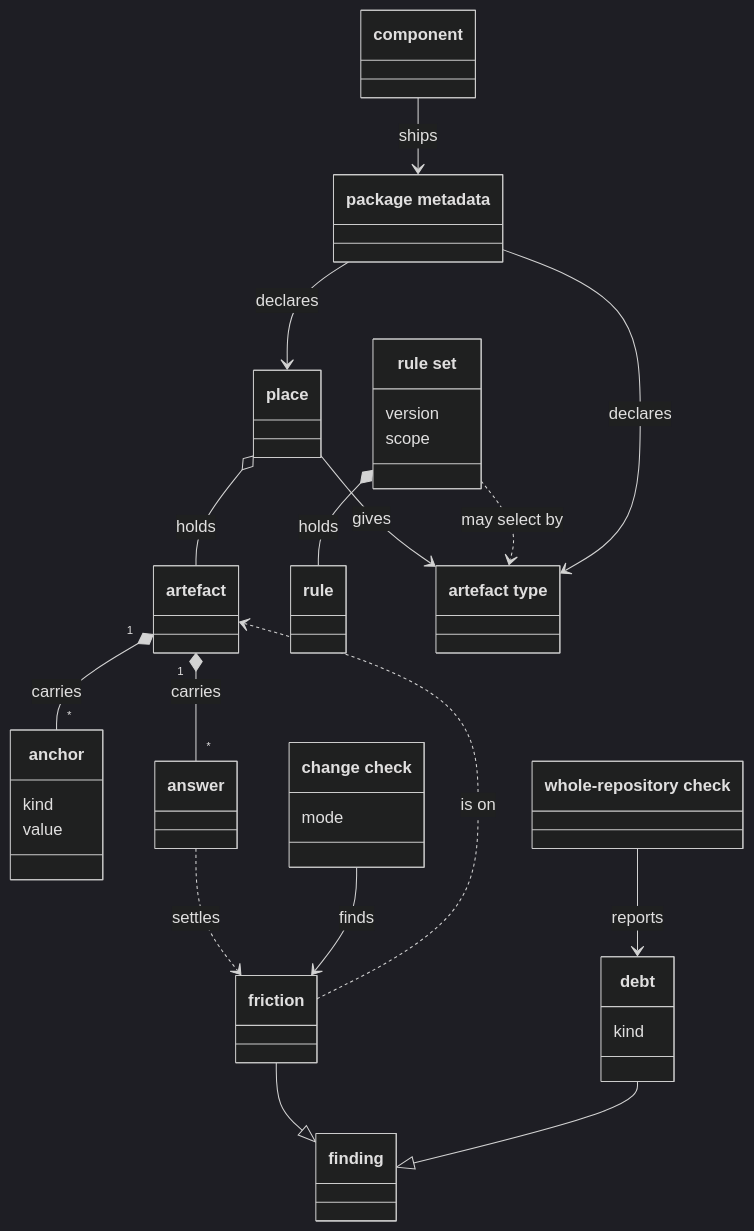
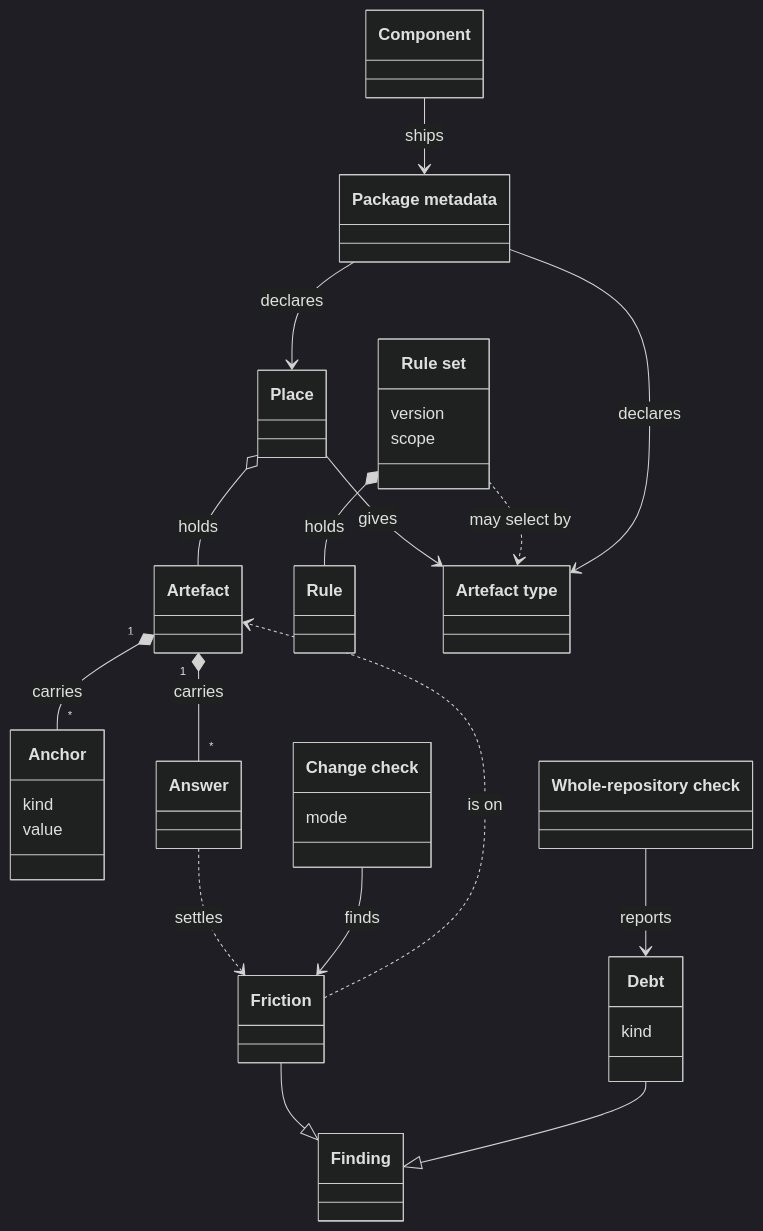
The diagram in tech-docs/analysis/core/domain-model/070-artefacts-and-friction.md (aleskalfas/project-kit), drawn with Mermaid (dark theme) before and after one commit. The commit also changed other lines of this file and 6 other files, not shown here.

````diff
--- a/tech-docs/analysis/core/domain-model/070-artefacts-and-friction.md
+++ b/tech-docs/analysis/core/domain-model/070-artefacts-and-friction.md
@@ -65,40 +65,40 @@
 ```mermaid
 classDiagram
   accTitle: Artefacts and friction
   accDescr: A place holds artefacts, and gives most of them their artefact type. An artefact carries its anchors and its answers. Friction is a finding on an artefact, and a revalidation or a deferral, which are answers, settles it. The change check finds friction. The whole-repository check reports debt, which is a finding too. A rule set holds rules, and selects artefacts by artefact type. A component ships package metadata, which declares its places and its artefact types.
-  class Place["place"]
-  class Artefact["artefact"]
-  class Anchor["anchor"]
+  class Place["Place"]
+  class Artefact["Artefact"]
+  class Anchor["Anchor"]
   Anchor : kind
   Anchor : value
-  class Answer["answer"]
-  class Friction["friction"]
-  class Finding["finding"]
-  class ChangeCheck["change check"]
+  class Answer["Answer"]
+  class Friction["Friction"]
+  class Finding["Finding"]
+  class ChangeCheck["Change check"]
   ChangeCheck : mode
-  class WholeRepositoryCheck["whole-repository check"]
-  class Debt["debt"]
+  class WholeRepositoryCheck["Whole-repository check"]
+  class Debt["Debt"]
   Debt : kind
-  class RuleSet["rule set"]
+  class RuleSet["Rule set"]
   RuleSet : version
   RuleSet : scope
-  class Rule["rule"]
-  class ArtefactType["artefact type"]
-  class PackageMetadata["package metadata"]
-  class Component["component"]
+  class Rule["Rule"]
+  class ArtefactType["Artefact type"]
+  class PackageMetadata["Package metadata"]
+  class Component["Component"]
   Place o-- Artefact : holds
   Place --> ArtefactType : gives
   Artefact "1" *-- "*" Anchor : carries
   Artefact "1" *-- "*" Answer : carries
   Friction --|> Finding
   Friction ..> Artefact : is on
   Answer ..> Friction : settles
   ChangeCheck --> Friction : finds
   WholeRepositoryCheck --> Debt : reports
   Debt --|> Finding
   RuleSet *-- Rule : holds
   RuleSet ..> ArtefactType : may select by
   Component --> PackageMetadata : ships
   PackageMetadata --> Place : declares
   PackageMetadata --> ArtefactType : declares
 ```
````
